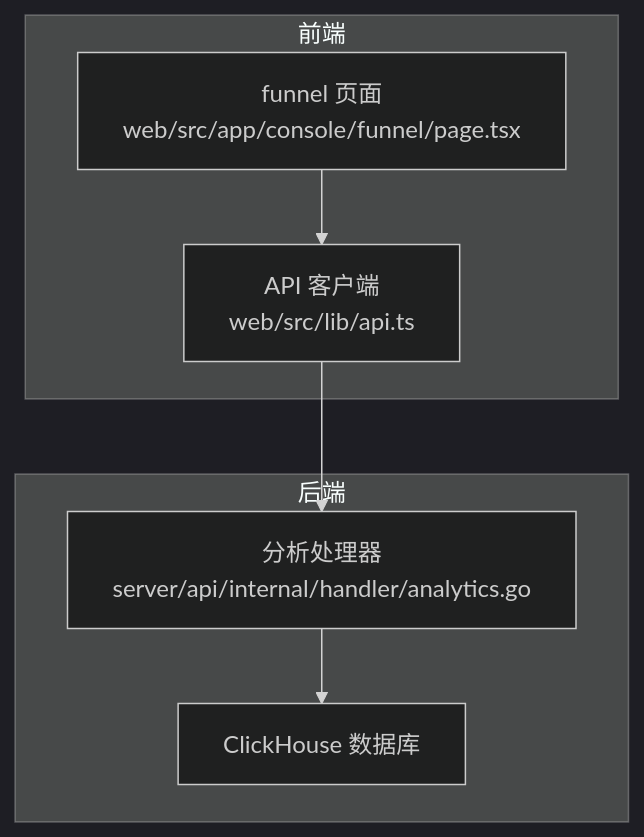
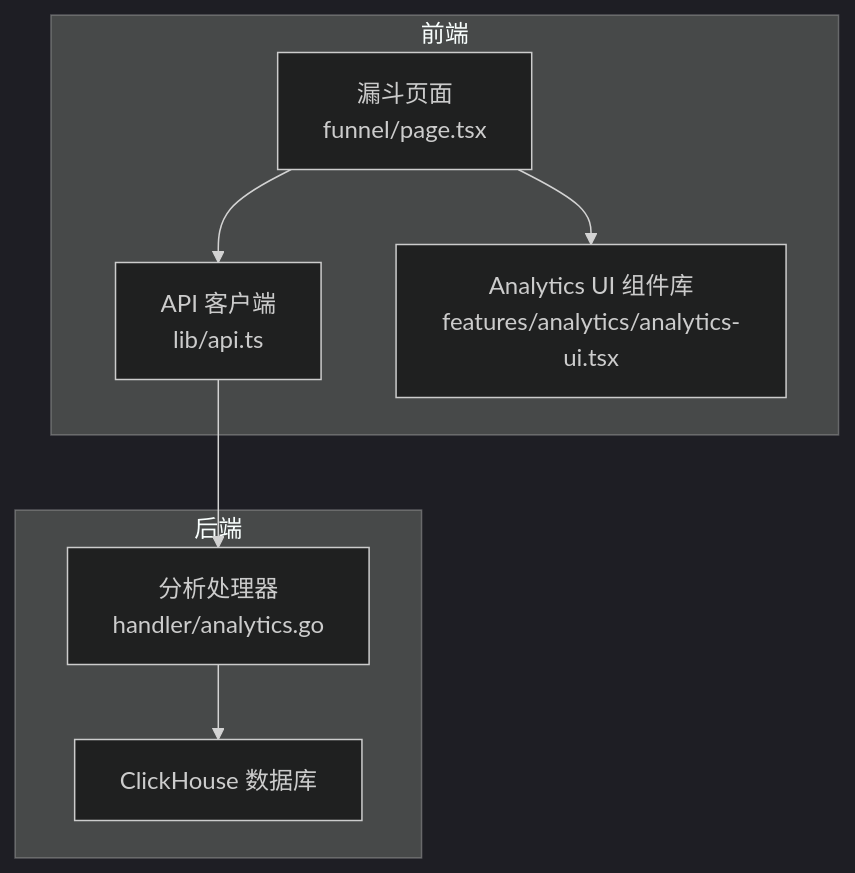
One commit to zhen-zhong/AeroLog changed the first of 6 diagrams in .qoder/repowiki/zh/content/Web控制台/漏斗分析功能.md. Above: the diagram before and after it, drawn with Mermaid (dark theme). The commit also changed other lines of this file and 26 other files, not shown here.

````diff
--- a/.qoder/repowiki/zh/content/Web控制台/漏斗分析功能.md
+++ b/.qoder/repowiki/zh/content/Web控制台/漏斗分析功能.md
@@ -38,14 +48,16 @@
 ```mermaid
 graph TB
 subgraph "前端"
-FP["funnel 页面<br/>web/src/app/console/funnel/page.tsx"]
-APIClient["API 客户端<br/>web/src/lib/api.ts"]
+FP["漏斗页面<br/>funnel/page.tsx"]
+APIClient["API 客户端<br/>lib/api.ts"]
+AnalyticsUI["Analytics UI 组件库<br/>features/analytics/analytics-ui.tsx"]
 end
 subgraph "后端"
-Handler["分析处理器<br/>server/api/internal/handler/analytics.go"]
+Handler["分析处理器<br/>handler/analytics.go"]
 Click["ClickHouse 数据库"]
 end
 FP --> APIClient
+FP --> AnalyticsUI
 APIClient --> Handler
 Handler --> Click
 ```
````
